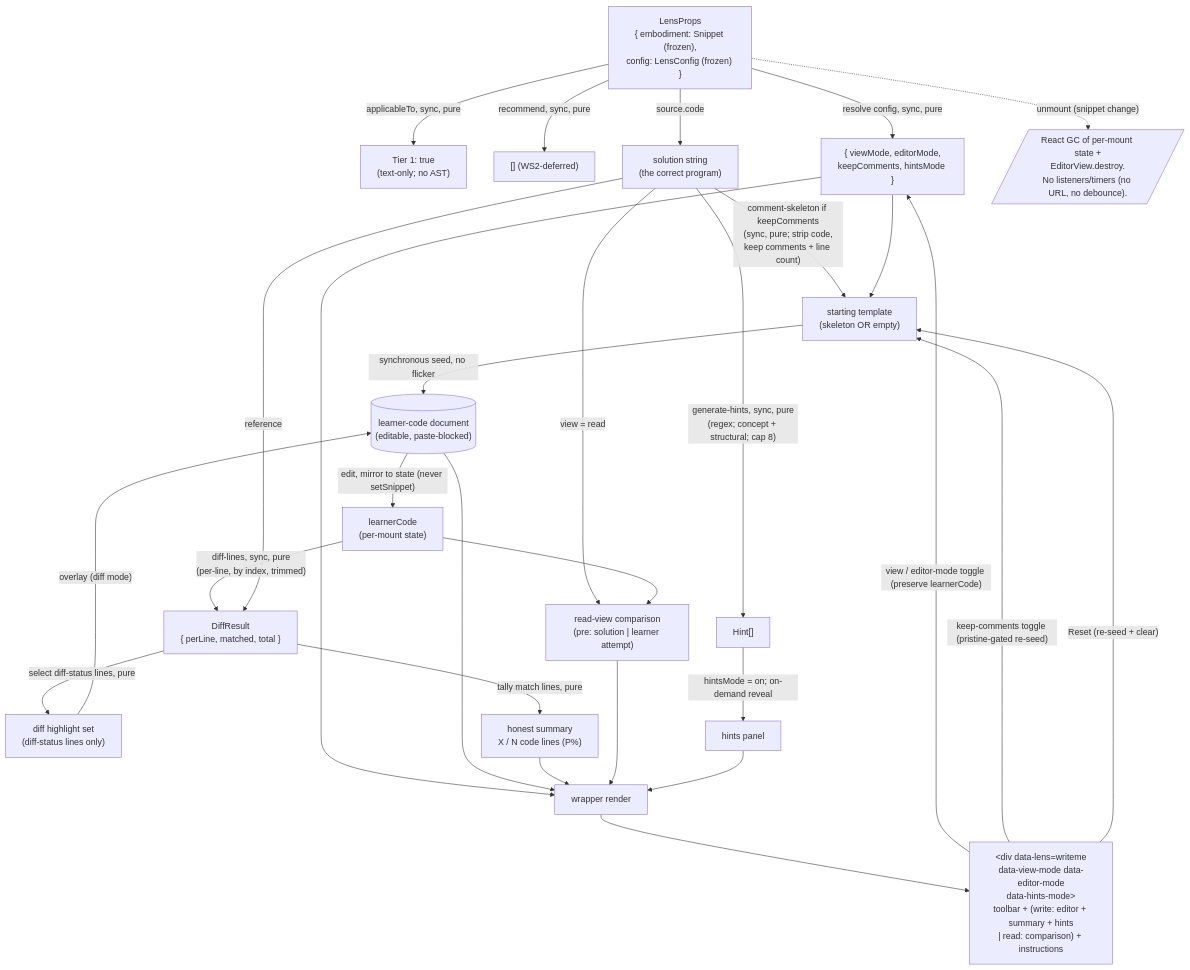
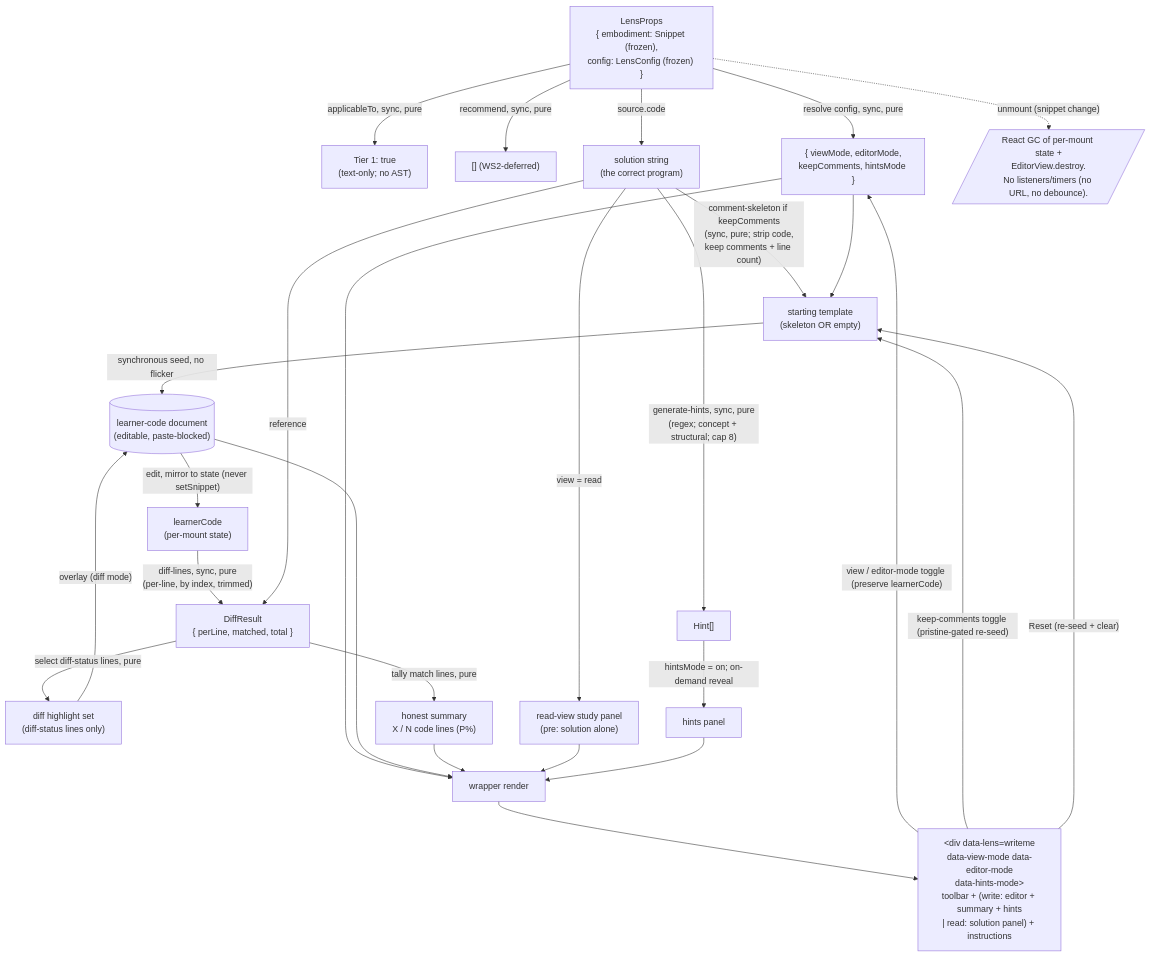
The diagram in src/lib/just-enough/javascript/lenses/writeme/DOCS.md (codeschoolinabox/curricula), drawn with Mermaid before and after one commit. The commit also changed other lines of this file and 6 other files, not shown here.

````diff
--- a/src/lib/just-enough/javascript/lenses/writeme/DOCS.md
+++ b/src/lib/just-enough/javascript/lenses/writeme/DOCS.md
@@ -140,40 +143,39 @@
 ```mermaid
 flowchart TD
     Props["LensProps<br/>{ embodiment: Snippet (frozen),<br/>config: LensConfig (frozen) }"]
 
     Props -->|"applicableTo, sync, pure"| Gate["Tier 1: true<br/>(text-only; no AST)"]
     Props -->|"recommend, sync, pure"| Recs["[] (WS2-deferred)"]
     Props -->|"resolve config, sync, pure"| Cfg["{ viewMode, editorMode,<br/>keepComments, hintsMode }"]
 
     Props -->|"source.code"| Solution["solution string<br/>(the correct program)"]
     Solution -->|"comment-skeleton if keepComments<br/>(sync, pure; strip code,<br/>keep comments + line count)"| Template["starting template<br/>(skeleton OR empty)"]
     Cfg --> Template
 
     Template -->|"synchronous seed, no flicker"| Editor[("learner-code document<br/>(editable, paste-blocked)")]
     Editor -->|"edit, mirror to state (never setSnippet)"| Learner["learnerCode<br/>(per-mount state)"]
 
     Learner -->|"diff-lines, sync, pure<br/>(per-line, by index, trimmed)"| Diff["DiffResult<br/>{ perLine, matched, total }"]
     Solution -->|"reference"| Diff
     Diff -->|"select diff-status lines, pure"| Dec["diff highlight set<br/>(diff-status lines only)"]
     Dec -->|"overlay (diff mode)"| Editor
     Diff -->|"tally match lines, pure"| Summary["honest summary<br/>X / N code lines (P%)"]
 
-    Solution -->|"view = read"| Compare["read-view comparison<br/>(pre: solution | learner attempt)"]
-    Learner --> Compare
+    Solution -->|"view = read"| Study["read-view study panel<br/>(pre: solution alone)"]
 
     Solution -->|"generate-hints, sync, pure<br/>(regex; concept + structural; cap 8)"| Hints["Hint[]"]
     Hints -->|"hintsMode = on; on-demand reveal"| Panel["hints panel"]
 
     Cfg --> Render["wrapper render"]
     Editor --> Render
     Summary --> Render
-    Compare --> Render
+    Study --> Render
     Panel --> Render
-    Render --> DOM["&lt;div data-lens=writeme<br/>data-view-mode data-editor-mode<br/>data-hints-mode&gt;<br/>toolbar + (write: editor + summary + hints<br/>| read: comparison) + instructions"]
+    Render --> DOM["&lt;div data-lens=writeme<br/>data-view-mode data-editor-mode<br/>data-hints-mode&gt;<br/>toolbar + (write: editor + summary + hints<br/>| read: solution panel) + instructions"]
 
     DOM -->|"view / editor-mode toggle (preserve learnerCode)"| Cfg
     DOM -->|"keep-comments toggle (pristine-gated re-seed)"| Template
     DOM -->|"Reset (re-seed + clear)"| Template
 
     Props -.->|"unmount (snippet change)"| Unmount[/"React GC of per-mount state +<br/>EditorView.destroy.<br/>No listeners/timers (no URL, no debounce)."/]
 ```
````
